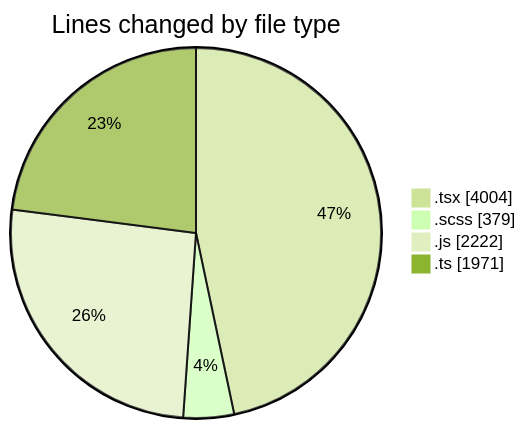
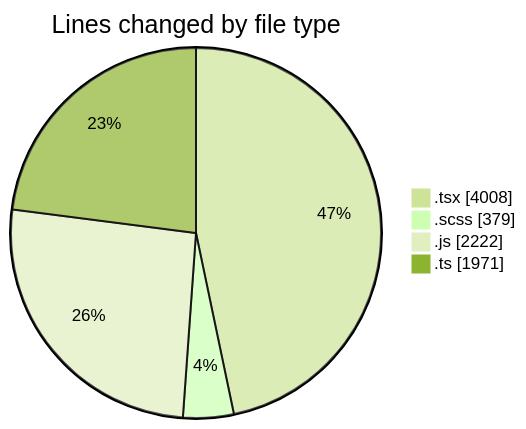
One commit to momahboobian/code-tracking changed the first of 2 diagrams in 2026-06-17/cda/README.md. Above: the diagram before and after it, drawn with Mermaid (forest theme). The commit also changed other lines of this file and 1 other file, not shown here.

````diff
--- a/2026-06-17/cda/README.md
+++ b/2026-06-17/cda/README.md
@@ -55,8 +55,8 @@
 ```mermaid
 pie showData
 title Lines changed by file type
-".tsx" : 4004
+".tsx" : 4008
 ".scss" : 379
 ".js" : 2222
 ".ts" : 1971
 ```
````
